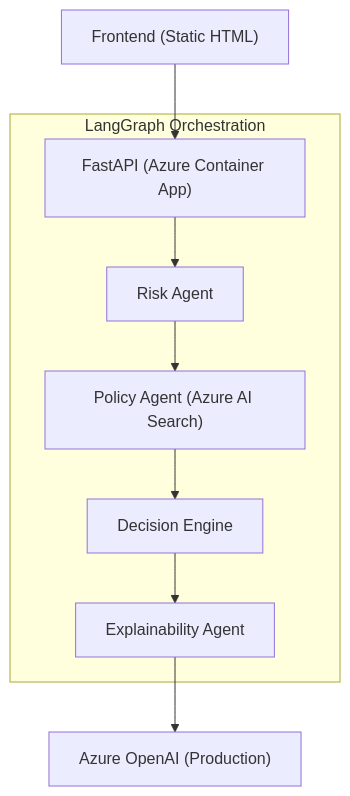
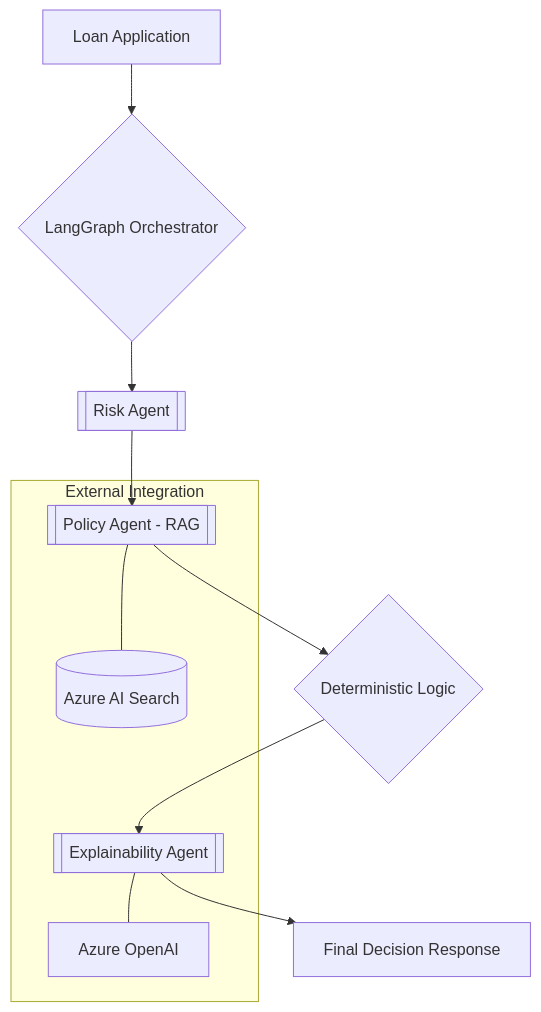
Before and after one commit to nidish124/azure-credit-risk-agent: the diagram in README.md, drawn with Mermaid. The commit also changed other lines of this file and 1 other file, not shown here.

````diff
--- a/README.md
+++ b/README.md
@@ -78,13 +28,14 @@
 ```mermaid
 graph TD
-    Client["Frontend (Static HTML)"] --> API["FastAPI (Azure Container App)"]
+    A[Loan Application] --> B{LangGraph Orchestrator}
+    B --> C[[Risk Agent]]
+    C --> D[[Policy Agent - RAG]]
+    D --> E{Deterministic Logic}
+    E --> F[[Explainability Agent]]
+    F --> G[Final Decision Response]
     
-    subgraph "LangGraph Orchestration"
-        API --> Risk["Risk Agent"]
-        Risk --> Policy["Policy Agent (Azure AI Search)"]
-        Policy --> Decision["Decision Engine"]
-        Decision --> Explain["Explainability Agent"]
+    subgraph "External Integration"
+        D --- H[(Azure AI Search)]
+        F --- I[Azure OpenAI]
     end
-    
-    Explain --> OpenAI["Azure OpenAI (Production)"]
 ```
````
